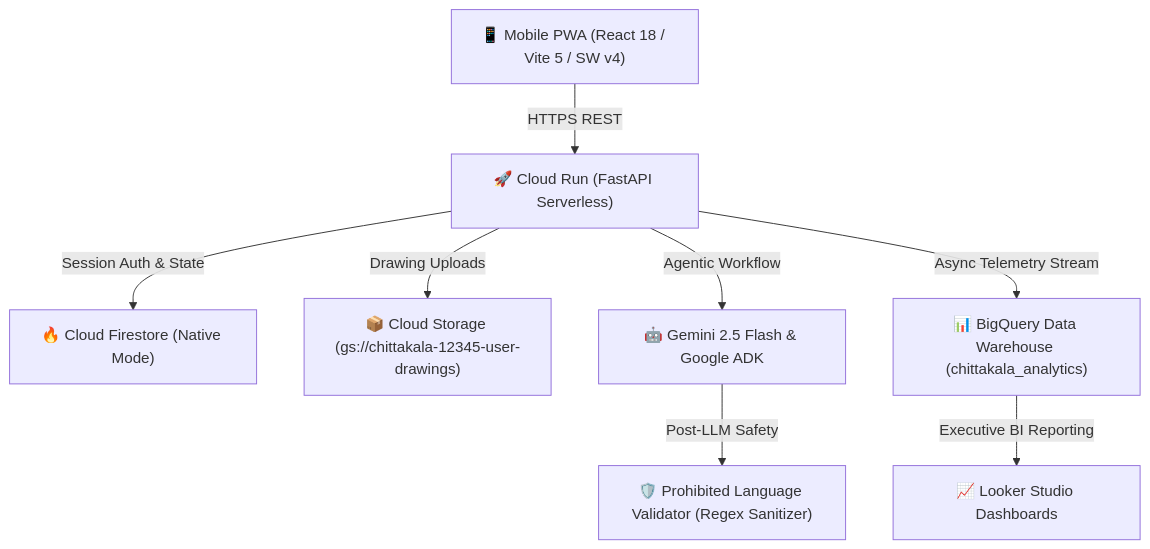
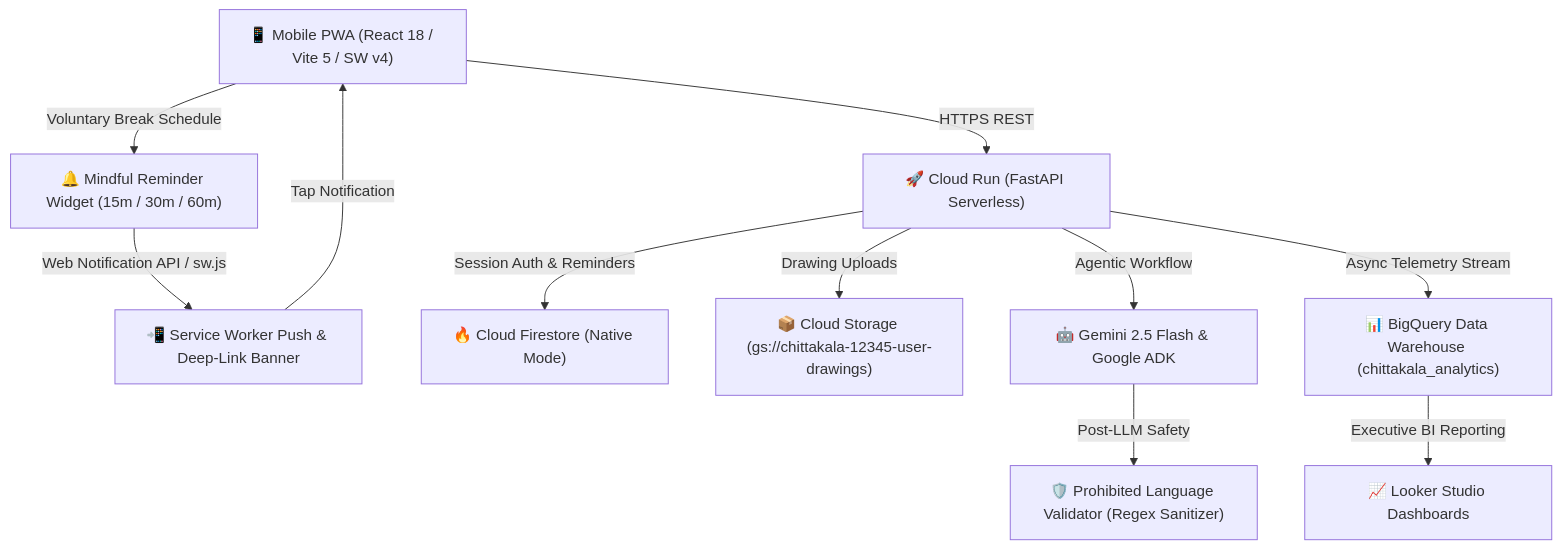
The diagram in README.md (Kannammai99/chittakala-), drawn with Mermaid before and after one commit. The commit also changed other lines of this file, not shown here.

Commit message:
docs: update Mermaid architecture diagram and accomplishments for Mindful Break Reminder flow

````diff
--- a/README.md
+++ b/README.md
@@ -10,10 +10,13 @@
 ```mermaid
 graph TD
-    A["📱 Mobile PWA (React 18 / Vite 5 / SW v4)"] -->|HTTPS REST| B["🚀 Cloud Run (FastAPI Serverless)"]
-    B -->|Session Auth & State| C["🔥 Cloud Firestore (Native Mode)"]
+    A["📱 Mobile PWA (React 18 / Vite 5 / SW v4)"] -->|Voluntary Break Schedule| R["🔔 Mindful Reminder Widget (15m / 30m / 60m)"]
+    R -->|Web Notification API / sw.js| N["📲 Service Worker Push & Deep-Link Banner"]
+    N -->|Tap Notification| A
+    A -->|HTTPS REST| B["🚀 Cloud Run (FastAPI Serverless)"]
+    B -->|Session Auth & Reminders| C["🔥 Cloud Firestore (Native Mode)"]
     B -->|Drawing Uploads| D["📦 Cloud Storage (gs://chittakala-12345-user-drawings)"]
     B -->|Agentic Workflow| E["🤖 Gemini 2.5 Flash & Google ADK"]
     E -->|Post-LLM Safety| F["🛡️ Prohibited Language Validator (Regex Sanitizer)"]
     B -->|Async Telemetry Stream| G["📊 BigQuery Data Warehouse (chittakala_analytics)"]
     G -->|Executive BI Reporting| H["📈 Looker Studio Dashboards"]
 ```
````
